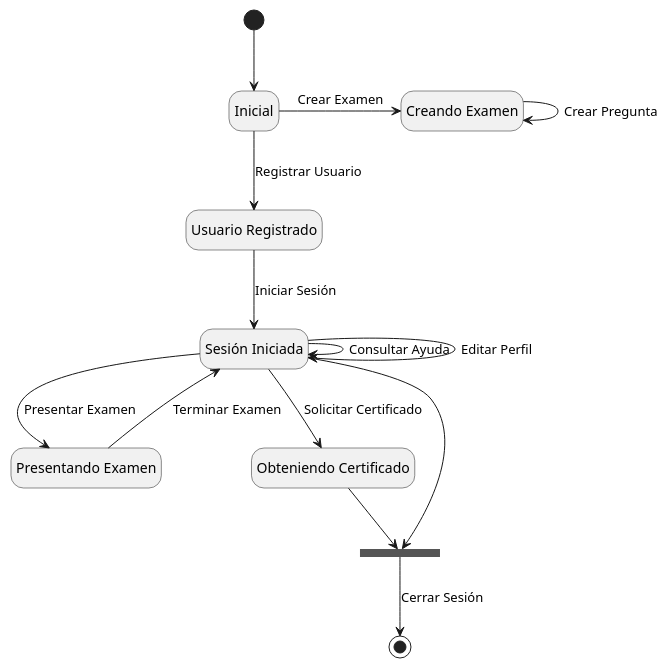
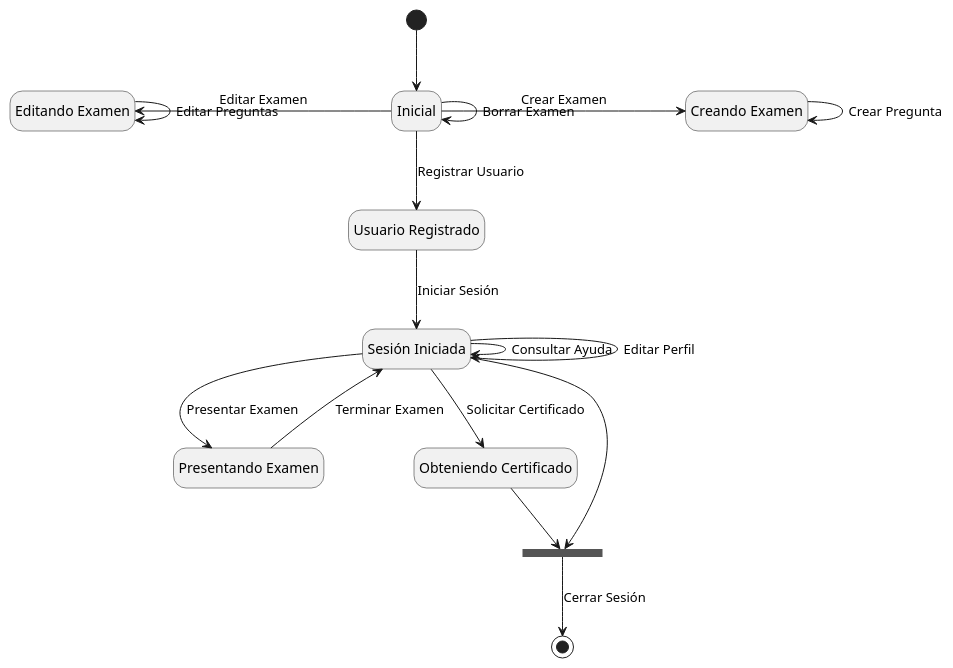
Before and after one commit to TheSProyect/Proyecto-IS-Grupo-1: the diagram in docs/scenariosView/UseCaseStateDiagram.plantuml, drawn with PlantUML. The commit also changed 1 other file, not shown here.

Commit message:
Update: Use case State diagram update

```diff
--- a/docs/scenariosView/UseCaseStateDiagram.plantuml
+++ b/docs/scenariosView/UseCaseStateDiagram.plantuml
@@ -1,33 +1,37 @@
 @startuml
 hide empty description
 
 state "Inicial" as state1
 state "Creando Examen" as state2
+state "Editando Examen" as updateS
 state "Usuario Registrado" as state3
 state "Sesión Iniciada" as state4
 state "Presentando Examen" as state7
 state "Obteniendo Certificado" as state8
 state state9 <<join>>
 
 [*] --> state1
 
 state1 -r-> state2 : Crear Examen
 state2 -r-> state2 : Crear Pregunta
+state1 -l-> updateS : Editar Examen
+updateS --> updateS : Editar Preguntas
+state1 --> state1 : Borrar Examen
 state1 --> state3 : Registrar Usuario
 
 state3 --> state4 : Iniciar Sesión
 
 state4 --> state4 : Consultar Ayuda
 state4 --> state4 : Editar Perfil
 
 state4 --> state7 : Presentar Examen
 state7 --> state4 : Terminar Examen
 
 state4 --> state8 : Solicitar Certificado
 
 state4 --> state9
 state8 --> state9
 
 state9 --> [*] : Cerrar Sesión
 
 @enduml
```
